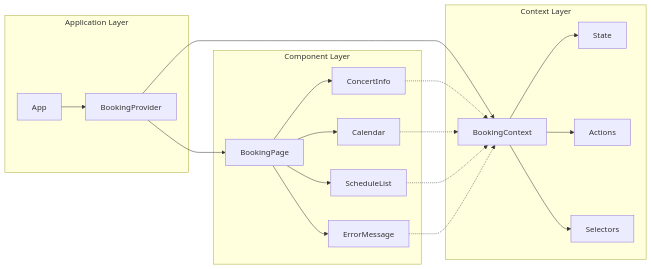
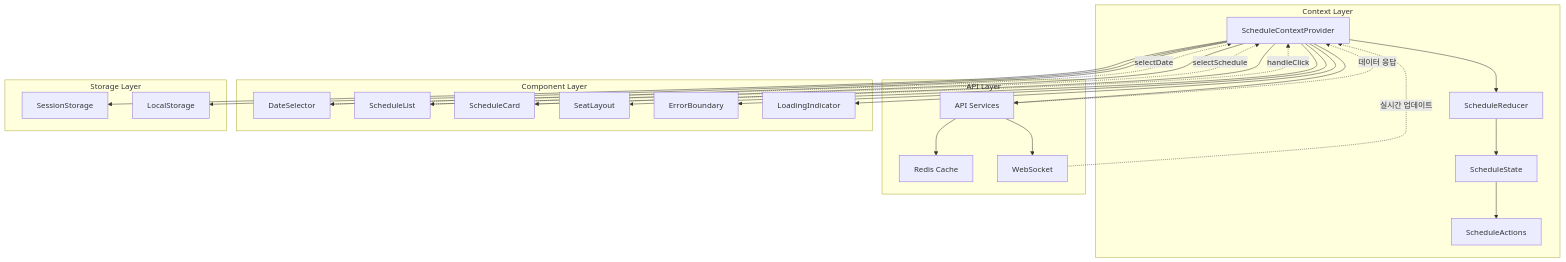
One commit to makerjkk/vmc-3-ticket-booking changed the first of 3 diagrams in docs/state-management.md. Above: the diagram before and after it, drawn with Mermaid. The commit also changed other lines of this file and 28 other files, not shown here.

````diff
--- a/docs/state-management.md
+++ b/docs/state-management.md
@@ -81,32 +13,58 @@
 ```mermaid
-graph LR
-    subgraph "Application Layer"
-        A[App] --> B[BookingProvider]
+graph TB
+    subgraph "Context Layer"
+        SC[ScheduleContextProvider]
+        SR[ScheduleReducer]
+        SS[ScheduleState]
+        SA[ScheduleActions]
     end
     
-    subgraph "Context Layer"
-        B --> C[BookingContext]
-        C --> D[State]
-        C --> E[Actions]
-        C --> F[Selectors]
+    subgraph "API Layer"
+        API[API Services]
+        Cache[Redis Cache]
+        WS[WebSocket]
     end
     
     subgraph "Component Layer"
-        G[BookingPage]
-        H[ConcertInfo]
-        I[Calendar]
-        J[ScheduleList]
-        K[ErrorMessage]
+        DS[DateSelector]
+        SL[ScheduleList]
+        SC_Card[ScheduleCard]
+        SeatL[SeatLayout]
+        EB[ErrorBoundary]
+        LI[LoadingIndicator]
     end
     
-    B --> G
-    G --> H
-    G --> I
-    G --> J
-    G --> K
+    subgraph "Storage Layer"
+        SessionS[SessionStorage]
+        LocalS[LocalStorage]
+    end
     
-    H -.-> C
-    I -.-> C
-    J -.-> C
-    K -.-> C
+    %% Context 데이터 흐름
+    SC --> SR
+    SR --> SS
+    SS --> SA
+    
+    %% API 연동
+    SC --> API
+    API --> Cache
+    API --> WS
+    
+    %% 컴포넌트 연결
+    SC --> DS
+    SC --> SL
+    SC --> SC_Card
+    SC --> SeatL
+    SC --> EB
+    SC --> LI
+    
+    %% 저장소 연결
+    SC --> SessionS
+    SC --> LocalS
+    
+    %% 데이터 흐름 방향
+    DS -.->|selectDate| SC
+    SL -.->|selectSchedule| SC
+    SC_Card -.->|handleClick| SC
+    API -.->|데이터 응답| SC
+    WS -.->|실시간 업데이트| SC
 ```
````
